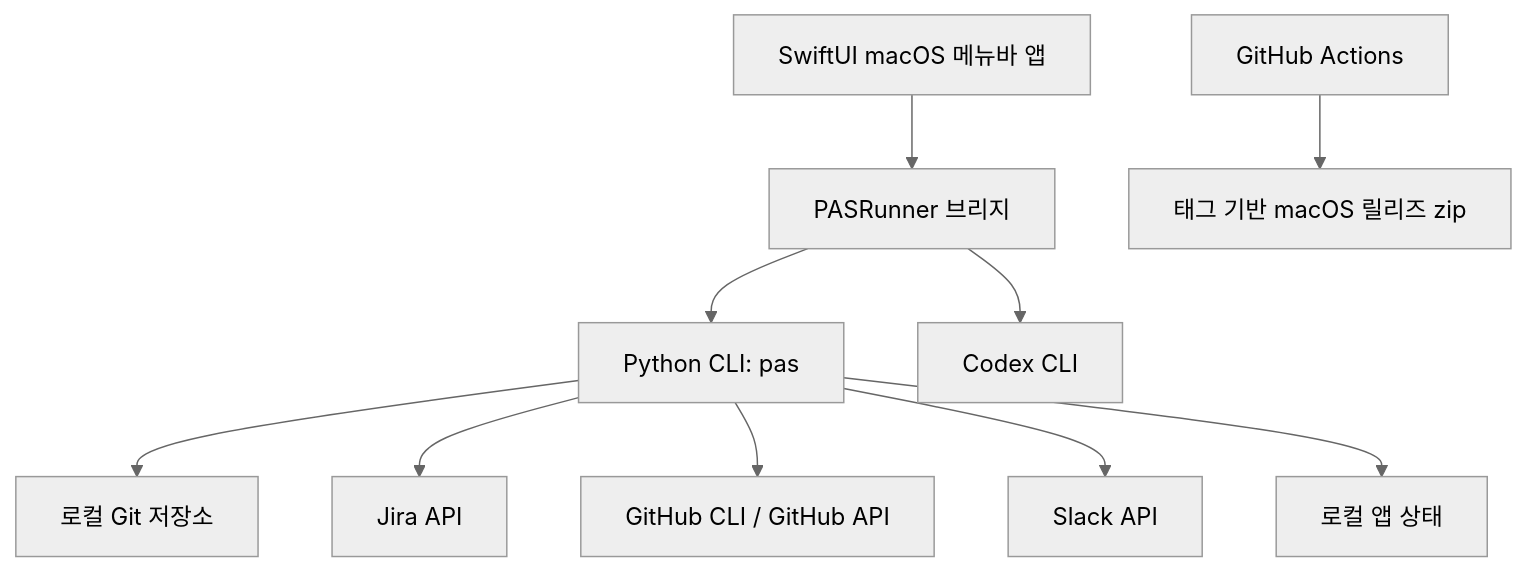
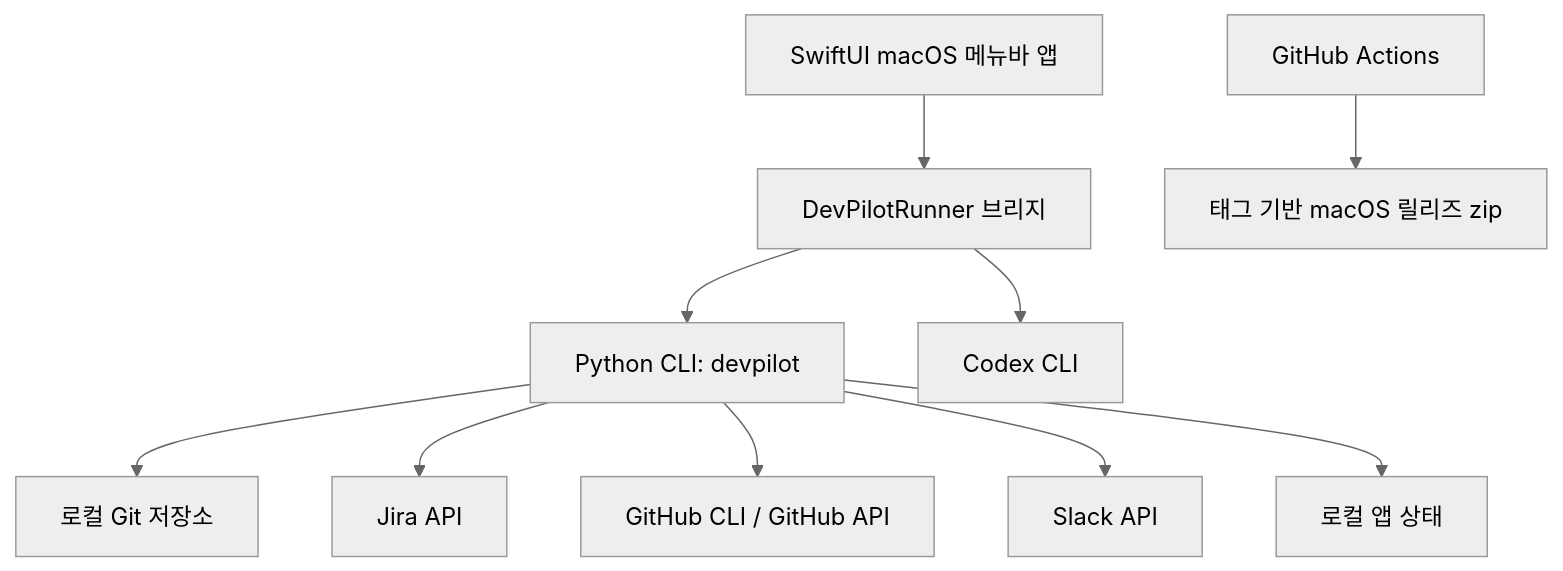
One commit to MIMminE/devpilot changed the second of 2 diagrams in README.md. Above: the diagram before and after it, drawn with Mermaid (neutral theme). The commit also changed other lines of this file and 28 other files, not shown here.

Commit message:
docs: DevPilot 브랜딩과 포트폴리오 문서 정리

````diff
--- a/README.md
+++ b/README.md
@@ -141,12 +141,12 @@
 ```mermaid
 flowchart TB
-    UI["SwiftUI macOS 메뉴바 앱"] --> Runner["PASRunner 브리지"]
-    Runner --> CLI["Python CLI: pas"]
+    UI["SwiftUI macOS 메뉴바 앱"] --> Runner["DevPilotRunner 브리지"]
+    Runner --> CLI["Python CLI: devpilot"]
     CLI --> Git["로컬 Git 저장소"]
     CLI --> Jira["Jira API"]
     CLI --> GitHub["GitHub CLI / GitHub API"]
     CLI --> Slack["Slack API"]
     CLI --> State["로컬 앱 상태"]
     Runner --> Codex["Codex CLI"]
     Actions["GitHub Actions"] --> Release["태그 기반 macOS 릴리즈 zip"]
 ```
````
